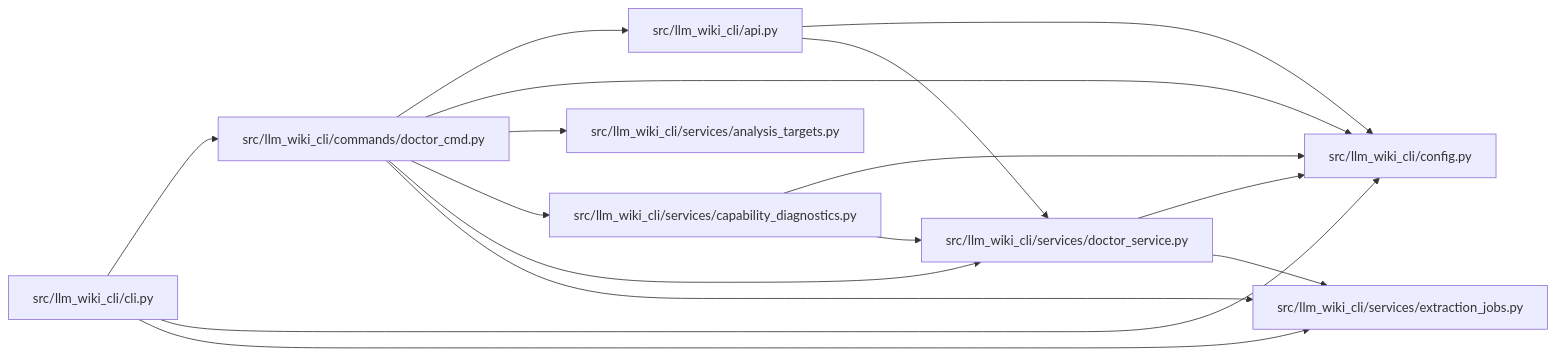
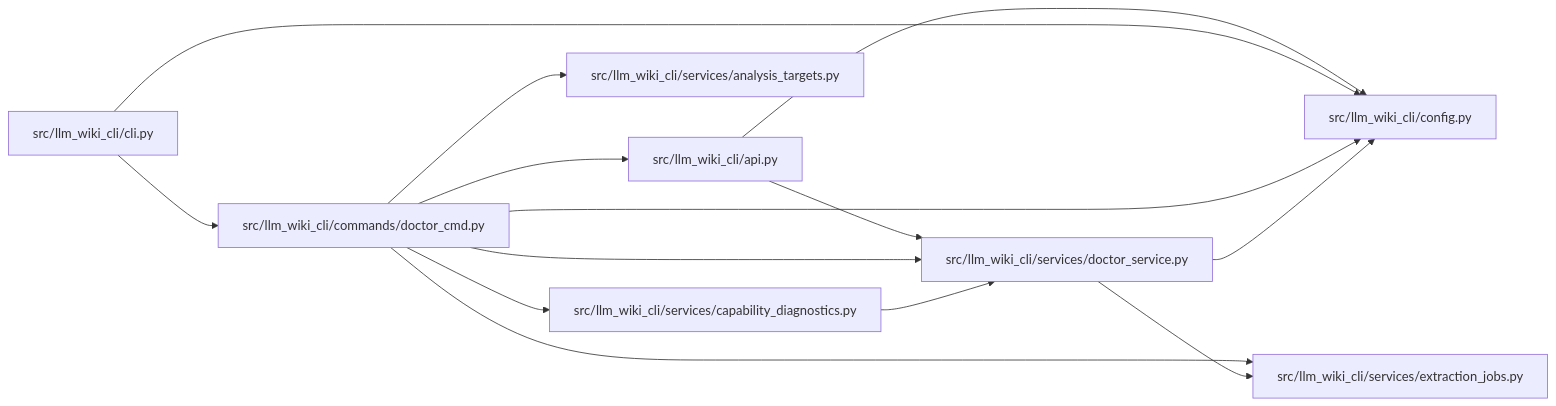
The diagram in docs/llm_wiki/modules/doctor_cmd.md (Denissvgn/python-wiki-llm), drawn with Mermaid before and after one commit. The commit also changed 1555 other files, not shown here.

````diff
--- a/docs/llm_wiki/modules/doctor_cmd.md
+++ b/docs/llm_wiki/modules/doctor_cmd.md
@@ -40,34 +40,32 @@
 ```mermaid
 flowchart LR
     n0["src/llm_wiki_cli/api.py"]
     n1["src/llm_wiki_cli/cli.py"]
     n2["src/llm_wiki_cli/commands/doctor_cmd.py"]
     n3["src/llm_wiki_cli/config.py"]
     n4["src/llm_wiki_cli/services/analysis_targets.py"]
     n5["src/llm_wiki_cli/services/capability_diagnostics.py"]
     n6["src/llm_wiki_cli/services/doctor_service.py"]
     n7["src/llm_wiki_cli/services/extraction_jobs.py"]
     n0 --> n3
     n0 --> n6
     n1 --> n2
     n1 --> n3
-    n1 --> n7
     n2 --> n0
     n2 --> n3
     n2 --> n4
     n2 --> n5
     n2 --> n6
     n2 --> n7
-    n5 --> n3
     n5 --> n6
     n6 --> n3
     n6 --> n7
     click n0 "../modules/api.md"
     click n1 "../modules/cli.md"
     click n2 "../modules/doctor_cmd.md"
     click n3 "../modules/config.md"
     click n4 "../modules/analysis_targets.md"
     click n5 "../modules/capability_diagnostics.md"
     click n6 "../modules/doctor_service.md"
     click n7 "../modules/extraction_jobs.md"
 ```
````
